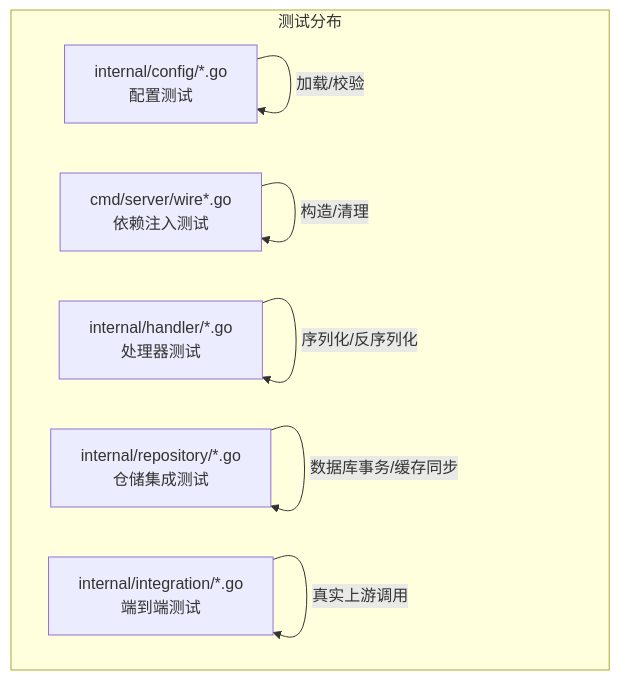
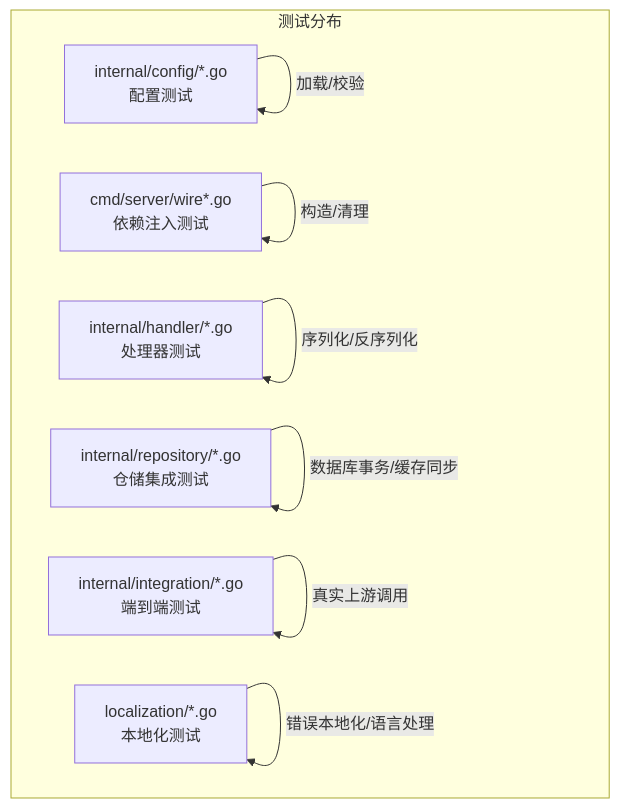
Before and after one commit to ai-poet/sub2api: the first of 10 diagrams in .qoder/repowiki/zh/content/开发指南/测试策略与实施/后端测试.md, drawn with Mermaid. The commit also changed other lines of this file and 30 other files, not shown here.

````diff
--- a/.qoder/repowiki/zh/content/开发指南/测试策略与实施/后端测试.md
+++ b/.qoder/repowiki/zh/content/开发指南/测试策略与实施/后端测试.md
@@ -38,15 +51,17 @@
 ```mermaid
 graph TB
 subgraph "测试分布"
 CFG["internal/config/*.go<br/>配置测试"]
 WIRE["cmd/server/wire*.go<br/>依赖注入测试"]
 HANDLER["internal/handler/*.go<br/>处理器测试"]
 REPO["internal/repository/*.go<br/>仓储集成测试"]
 E2E["internal/integration/*.go<br/>端到端测试"]
+LOCAL["localization/*.go<br/>本地化测试"]
 end
 CFG --> |"加载/校验"| CFG
 WIRE --> |"构造/清理"| WIRE
 HANDLER --> |"序列化/反序列化"| HANDLER
 REPO --> |"数据库事务/缓存同步"| REPO
 E2E --> |"真实上游调用"| E2E
+LOCAL --> |"错误本地化/语言处理"| LOCAL
 ```
````
